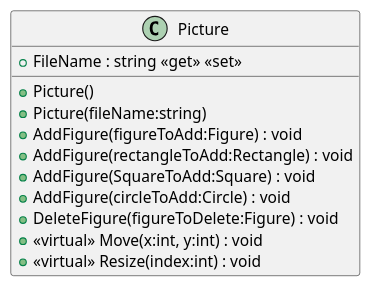
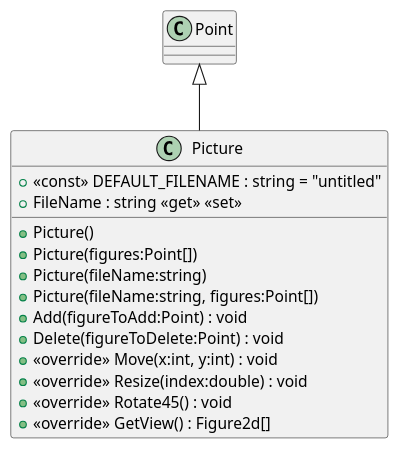
Before and after one commit to 19vano97/levelUpOOP: the diagram in plantuml/20240701_HW_Inheritence/Picture.puml, drawn with PlantUML. The commit also changed 35 other files, not shown here.

```diff
--- a/plantuml/20240701_HW_Inheritence/Picture.puml
+++ b/plantuml/20240701_HW_Inheritence/Picture.puml
@@ -1,14 +1,17 @@
 @startuml
 class Picture {
+    + <<const>> DEFAULT_FILENAME : string = "untitled"
     + Picture()
+    + Picture(figures:Point[])
     + Picture(fileName:string)
+    + Picture(fileName:string, figures:Point[])
     + FileName : string <<get>> <<set>>
-    + AddFigure(figureToAdd:Figure) : void
-    + AddFigure(rectangleToAdd:Rectangle) : void
-    + AddFigure(SquareToAdd:Square) : void
-    + AddFigure(circleToAdd:Circle) : void
-    + DeleteFigure(figureToDelete:Figure) : void
-    + <<virtual>> Move(x:int, y:int) : void
-    + <<virtual>> Resize(index:int) : void
+    + Add(figureToAdd:Point) : void
+    + Delete(figureToDelete:Point) : void
+    + <<override>> Move(x:int, y:int) : void
+    + <<override>> Resize(index:double) : void
+    + <<override>> Rotate45() : void
+    + <<override>> GetView() : Figure2d[]
 }
+Point <|-- Picture
 @enduml
```
